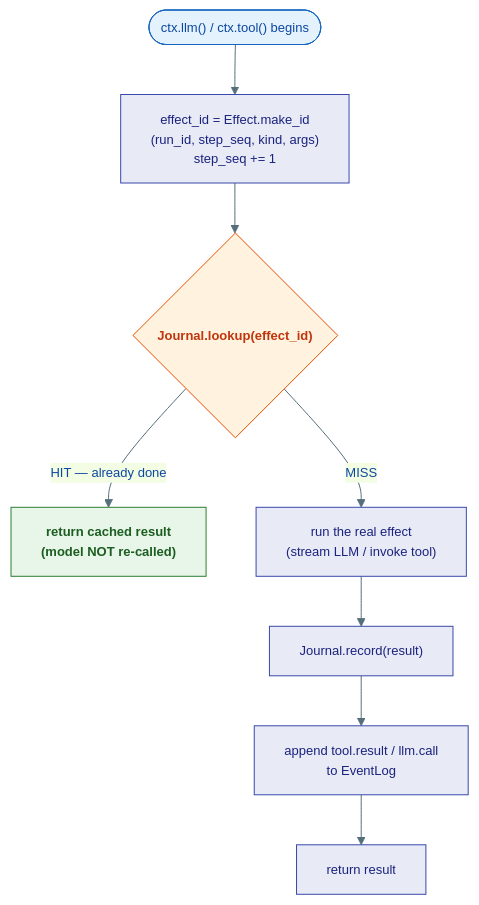
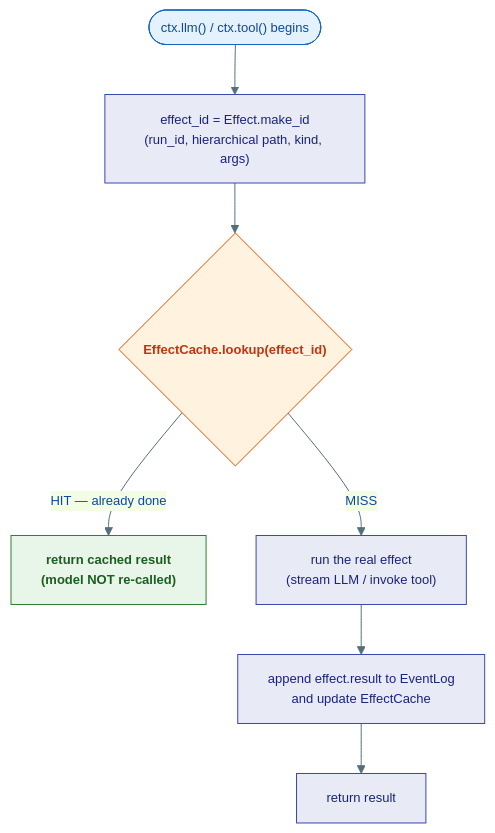
Before and after one commit to Ravikumarchavva/agent-substrate: the fourth of 4 diagrams in agents/agent-substrate/docs/agents/02-runtime.md, drawn with Mermaid. The commit also changed other lines of this file and 15 other files, not shown here.

````diff
--- a/agents/agent-substrate/docs/agents/02-runtime.md
+++ b/agents/agent-substrate/docs/agents/02-runtime.md
@@ -404,15 +415,14 @@
 ```mermaid
 %%{init: {'theme': 'base', 'themeVariables': {'primaryColor': '#E3F2FD','primaryTextColor': '#0D47A1','primaryBorderColor': '#1565C0','lineColor': '#546E7A','fontSize': '13px'}}}%%
 flowchart TD
     classDef process fill:#E8EAF6,stroke:#3949AB,color:#1A237E
     classDef decision fill:#FFF3E0,stroke:#E65100,color:#BF360C,font-weight:bold
     classDef cache fill:#E8F5E9,stroke:#2E7D32,color:#1B5E20,font-weight:bold
 
-    START(["ctx.llm() / ctx.tool() begins"]) --> ID["effect_id = Effect.make_id<br/>(run_id, step_seq, kind, args)<br/>step_seq += 1"]:::process
-    ID --> LOOK{"Journal.lookup(effect_id)"}:::decision
+    START(["ctx.llm() / ctx.tool() begins"]) --> ID["effect_id = Effect.make_id<br/>(run_id, hierarchical path, kind, args)"]:::process
+    ID --> LOOK{"EffectCache.lookup(effect_id)"}:::decision
     LOOK -->|"HIT — already done"| RET["return cached result<br/>(model NOT re-called)"]:::cache
     LOOK -->|"MISS"| EXEC["run the real effect<br/>(stream LLM / invoke tool)"]:::process
-    EXEC --> REC["Journal.record(result)"]:::process
-    REC --> LOG["append tool.result / llm.call<br/>to EventLog"]:::process
-    LOG --> RET2["return result"]:::process
+    EXEC --> REC["append effect.result to EventLog<br/>and update EffectCache"]:::process
+    REC --> RET2["return result"]:::process
 ```
````
